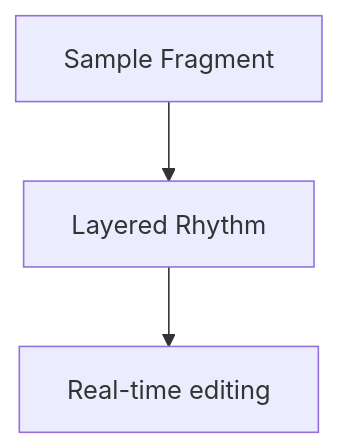
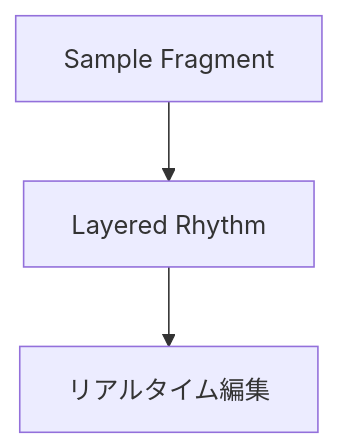
One commit to monumental-movement/monumental-movement.github.io changed the fourth of 7 diagrams in en/_posts/2025-10-24-column-plastikman-richie-hawtin.md. Above: the diagram before and after it, drawn with Mermaid. The commit also changed other lines of this file and 211 other files, not shown here.

```diff
--- a/en/_posts/2025-10-24-column-plastikman-richie-hawtin.md
+++ b/en/_posts/2025-10-24-column-plastikman-richie-hawtin.md
@@ -233,7 +233,7 @@
 <div class="mermaid">
 
 graph TD
-A[Sample Fragment] --> B[Layered Rhythm]
-B --> C[Real-time editing]
+    A[Sample Fragment] --> B[Layered Rhythm]
+    B --> C[リアルタイム編集]
 
 </div>
```
